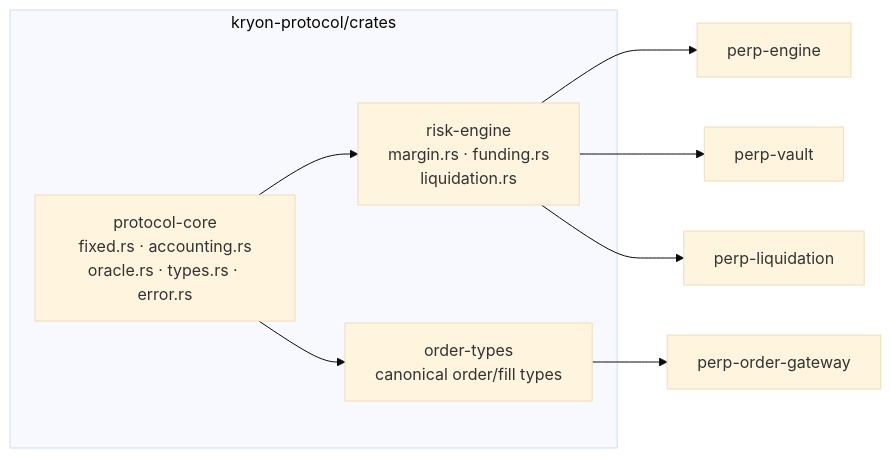
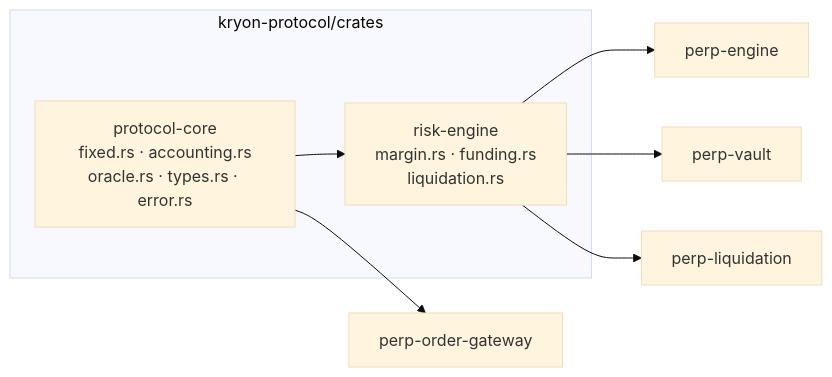
One commit to Kryon-Protocol/Kryon changed the second of 7 diagrams in docs/docs/architecture/overview.md. Above: the diagram before and after it, drawn with Mermaid (base theme). The commit also changed other lines of this file and 24 other files, not shown here.

````diff
--- a/docs/docs/architecture/overview.md
+++ b/docs/docs/architecture/overview.md
@@ -258,14 +258,12 @@
 ```mermaid
 flowchart LR
     subgraph CR["kryon-protocol/crates"]
         PC["protocol-core<br/>fixed.rs · accounting.rs<br/>oracle.rs · types.rs · error.rs"]
         RE["risk-engine<br/>margin.rs · funding.rs<br/>liquidation.rs"]
-        OT["order-types<br/>canonical order/fill types"]
     end
     PC --> RE
-    PC --> OT
+    PC --> C4["perp-order-gateway"]
     RE --> C1["perp-engine"]
     RE --> C2["perp-vault"]
     RE --> C3["perp-liquidation"]
-    OT --> C4["perp-order-gateway"]
 ```
````
